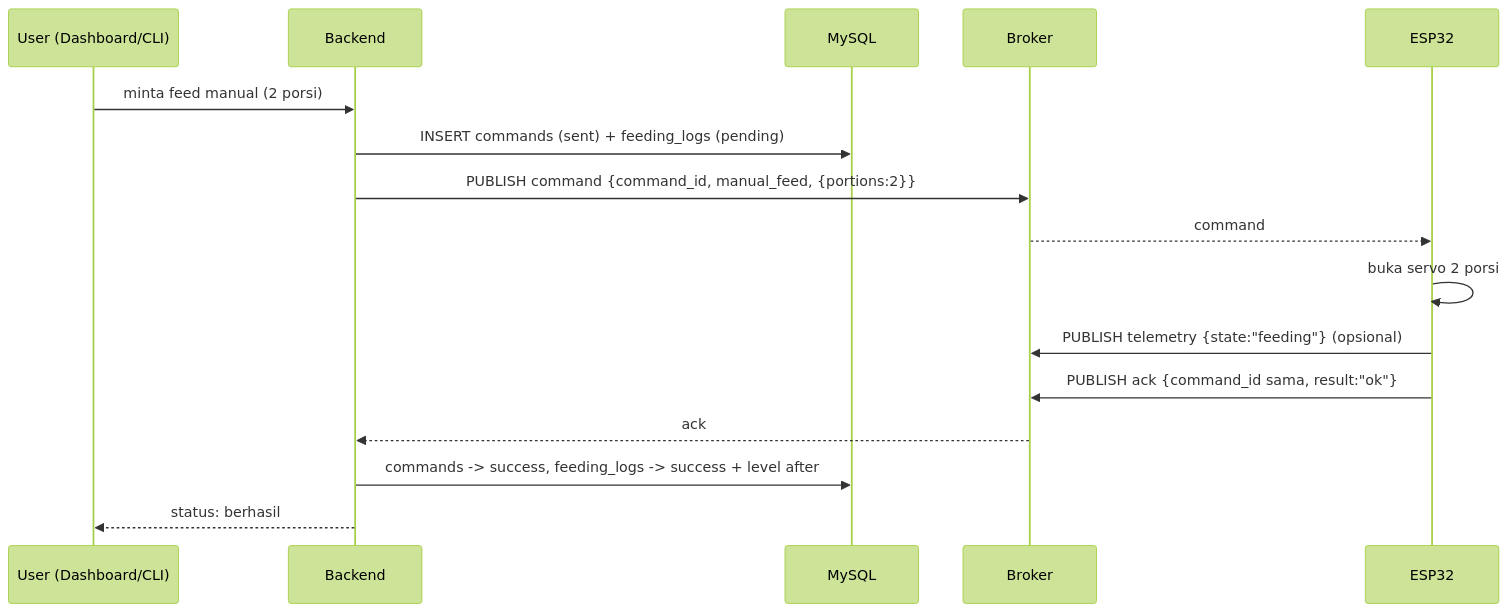
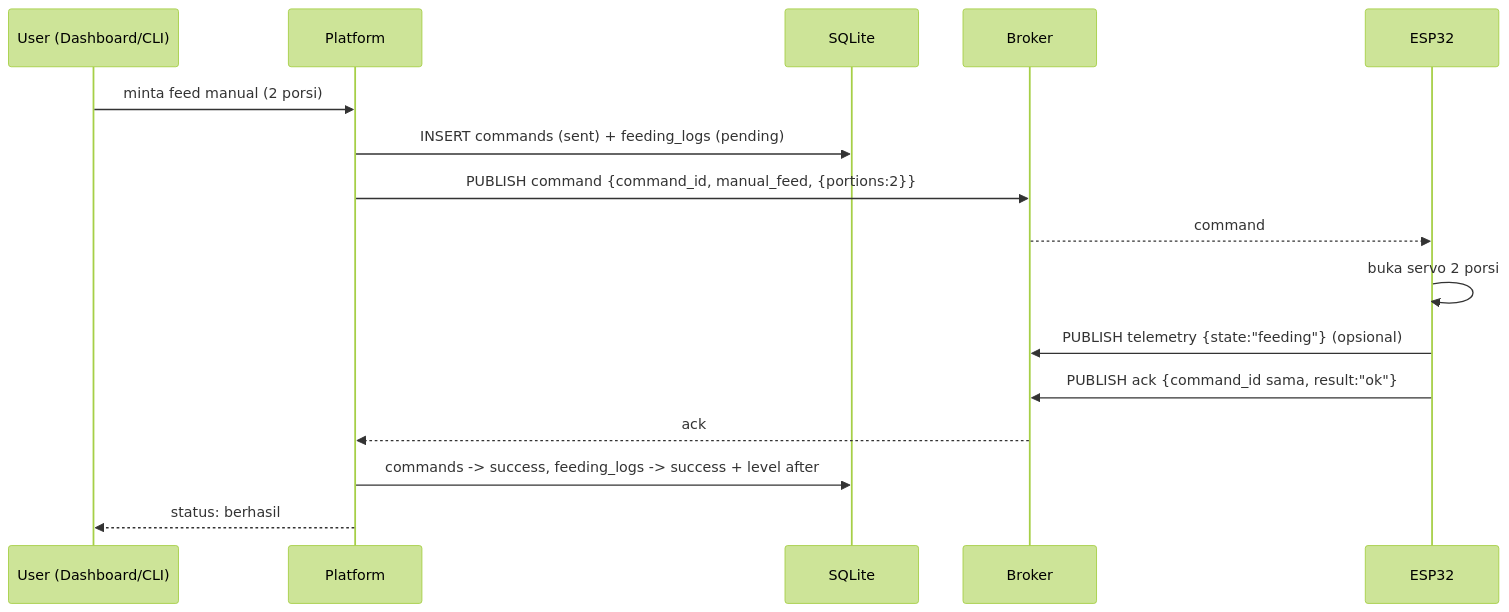
Before and after one commit to ayurahmaw/fish-feeder: the second of 3 diagrams in DEVICE_PROTOCOL.md, drawn with Mermaid (forest theme). The commit also changed other lines of this file and 34 other files, not shown here.

````diff
--- a/DEVICE_PROTOCOL.md
+++ b/DEVICE_PROTOCOL.md
@@ -124,19 +130,19 @@
 ```mermaid
 sequenceDiagram
     participant U as User (Dashboard/CLI)
-    participant P as Backend
-    participant DB as MySQL
+    participant P as Platform
+    participant DB as SQLite
     participant B as Broker
     participant D as ESP32
 
     U->>P: minta feed manual (2 porsi)
     P->>DB: INSERT commands (sent) + feeding_logs (pending)
     P->>B: PUBLISH command {command_id, manual_feed, {portions:2}}
     B-->>D: command
     D->>D: buka servo 2 porsi
     D->>B: PUBLISH telemetry {state:"feeding"} (opsional)
     D->>B: PUBLISH ack {command_id sama, result:"ok"}
     B-->>P: ack
     P->>DB: commands -> success, feeding_logs -> success + level after
     P-->>U: status: berhasil
 ```
````
